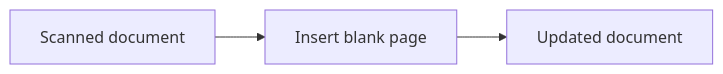
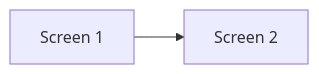
The diagram in docs/apple-notes/flows/inserting-a-blank-page/README.md (Dev-Corgi/Notes-Clone), drawn with Mermaid before and after one commit. The commit also changed other lines of this file and 77 other files, not shown here.

Commit message:
docs: verify additional Apple Notes flows

````diff
--- a/docs/apple-notes/flows/inserting-a-blank-page/README.md
+++ b/docs/apple-notes/flows/inserting-a-blank-page/README.md
@@ -6,4 +10,6 @@
 ```mermaid
 flowchart LR
-  A[Scanned document] --> B[Insert blank page] --> C[Updated document]
+  S1[Screen 1]
+  S2[Screen 2]
+  S1 --> S2
 ```
````
